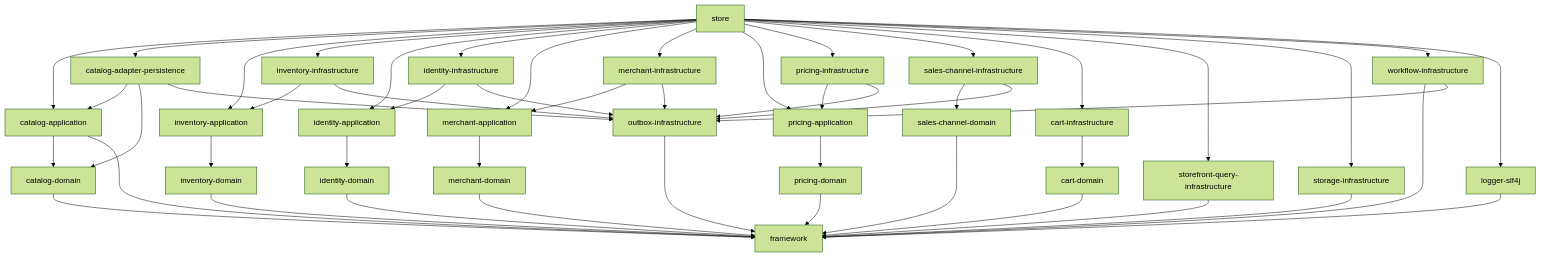
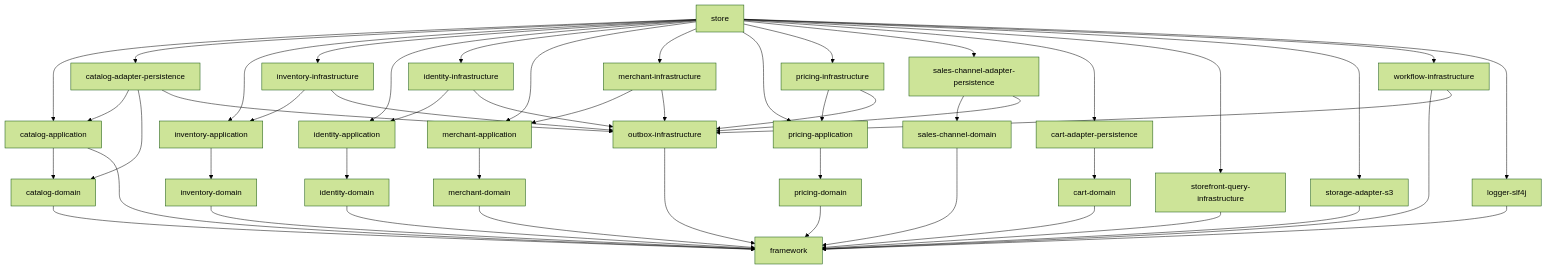
One commit to khinemyaezin/grab changed the sixth of 10 diagrams in docs/migration/ADR_001-Hexagonal_module_layout.md. Above: the diagram before and after it, drawn with Mermaid (forest theme). The commit also changed other lines of this file and 2063 other files, not shown here.

Commit message:
feat: migrate to hexagonal architecture from layer architecture.

```diff
--- a/docs/migration/ADR_001-Hexagonal_module_layout.md
+++ b/docs/migration/ADR_001-Hexagonal_module_layout.md
@@ -586,7 +594,7 @@
     FW[framework]
     Log[logger-slf4j]
     Outbox[outbox-infrastructure]
-    Storage[storage-infrastructure]
+    Storage[storage-adapter-s3]
     WfInf[workflow-infrastructure]
     Store[store]
 
@@ -639,13 +647,13 @@
     PrI --> Outbox
 
     ScD[sales-channel-domain]
-    ScI[sales-channel-infrastructure]
+    ScI[sales-channel-adapter-persistence]
     ScD --> FW
     ScI --> ScD
     ScI --> Outbox
 
     CartD[cart-domain]
-    CartI[cart-infrastructure]
+    CartI[cart-adapter-persistence]
     CartD --> FW
     CartI --> CartD
 
```
